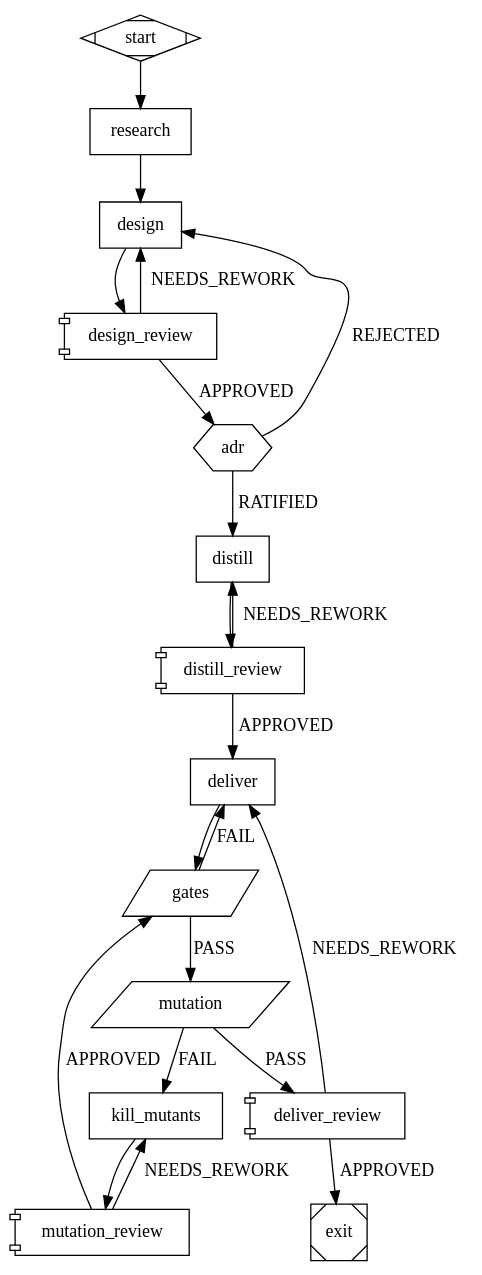
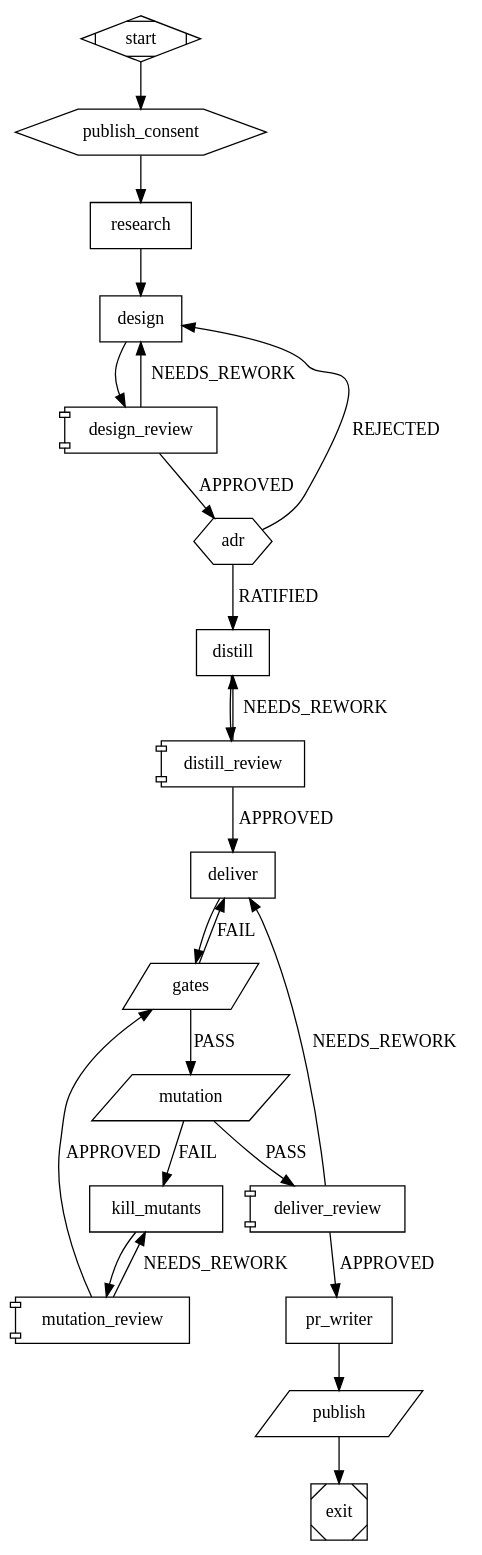
The diagram in plugins/skraft-framework/workflows/skraft.dot (SebastienDegodez/skraft-plugin), drawn with Graphviz before and after one commit. The commit also changed 59 other files, not shown here.

```diff
--- a/plugins/skraft-framework/workflows/skraft.dot
+++ b/plugins/skraft-framework/workflows/skraft.dot
@@ -1,43 +1,48 @@
 // The skraft pipeline. Copy it into a repository with `skraft workflow eject`, then add
 // agents, lenses, gates or questions; `skraft workflow check` validates it, `skraft workflow diff`
 // compares it with this one. A node marked locked=true can only be dropped with unlock="<reason>".
 // A review node (shape=component) runs each lens `<name>` as the agent `<name>-lens`. skraft-config.json's `assign` chooses each agent's model family, `models` what a family runs on per host; in an ejected copy, model= on a node, `<name>@<family>` on a lens and refuter= name a family too, under `assign.agents`.
 // A hexagon asks a human: the run waits until `skraft decide` answers.
+// A parallelogram with publish="pull-request" pushes the branch and opens or updates its pull request, with the consent publish-consent asked.
 // each="survivor-file" runs an agent once per file holding mutants the mutation gate left alive.
 digraph skraft {
   graph [version="2", goal="Deliver the story"]
 
   start    [shape=Mdiamond]
+  publish_consent [shape=hexagon, question="publish-consent", phase="RESEARCH"]
   research [shape=box, agent="solution-researcher", phase="RESEARCH"]
   design   [shape=box, agent="solution-architect", phase="DESIGN"]
   design_review [shape=component, lenses="consistency,architecture-compliance,fitness"]
   adr      [shape=hexagon, question="adr-ratification"]
   distill  [shape=box, agent="acceptance-designer", phase="DISTILL"]
   distill_review [shape=component, lenses="coverage,business-alignment,testability,boundary-enforcement"]
   deliver  [shape=box, agent="software-engineer", phase="DELIVER"]
   gates    [shape=parallelogram, gate="build,format,lint,test,architecture,coverage", goal_gate=true, locked=true, phase="DELIVER"]
   mutation [shape=parallelogram, gate="mutation", goal_gate=true, locked=true]
   kill_mutants [shape=box, agent="software-engineer", each="survivor-file"]
   mutation_review [shape=component, lenses="test-integrity"]
   deliver_review [shape=component, lenses="test-integrity,architecture-boundaries,cold-reader,mock-fidelity,contract-fidelity"]
+  pr_writer [shape=box, agent="pr-writer", phase="PUBLISH"]
+  publish  [shape=parallelogram, publish="pull-request"]
   exit     [shape=Msquare]
 
-  start -> research -> design -> design_review
+  start -> publish_consent -> research -> design -> design_review
   design_review -> design  [label="NEEDS_REWORK", max_visits=3]
   design_review -> adr     [label="APPROVED"]
   adr -> distill   [label="RATIFIED"]
   adr -> design    [label="REJECTED", max_visits=3]
   distill -> distill_review
   distill_review -> distill [label="NEEDS_REWORK", max_visits=3]
   distill_review -> deliver [label="APPROVED"]
   deliver -> gates
   gates -> deliver [label="FAIL", max_visits=3]
   gates -> mutation [label="PASS"]
   mutation -> kill_mutants [label="FAIL", max_visits=5]
   kill_mutants -> mutation_review
   mutation_review -> kill_mutants [label="NEEDS_REWORK", max_visits=3]
   mutation_review -> gates [label="APPROVED"]
   mutation -> deliver_review [label="PASS"]
   deliver_review -> deliver [label="NEEDS_REWORK", max_visits=3]
-  deliver_review -> exit    [label="APPROVED"]
+  deliver_review -> pr_writer [label="APPROVED"]
+  pr_writer -> publish -> exit
 }
```
